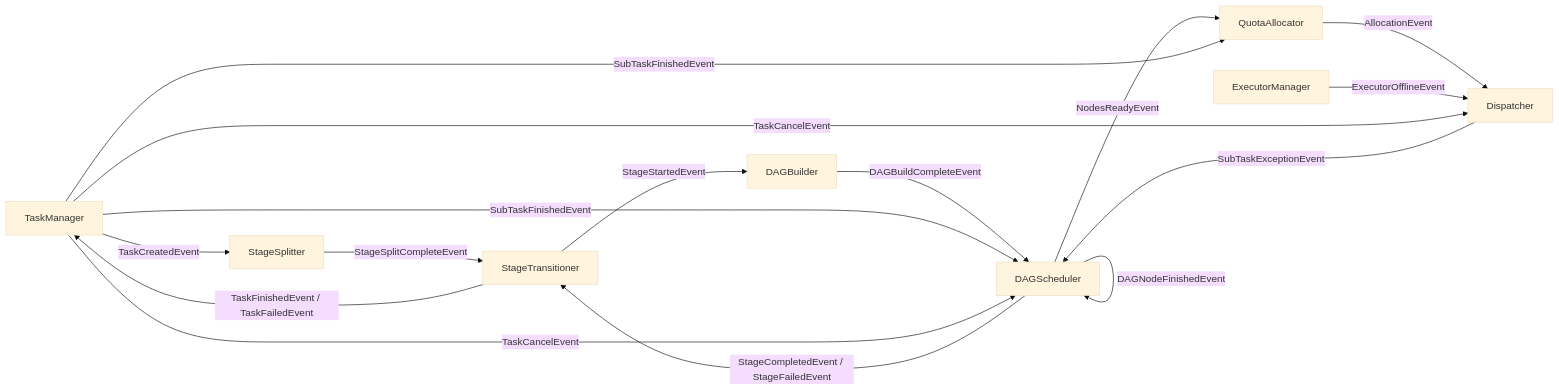
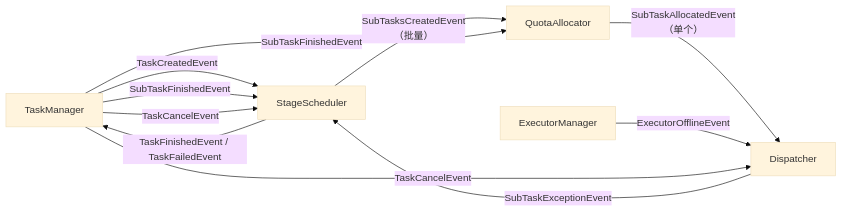
The first of 2 diagrams in docs/designs/details/scheduler/事件总线设计.md (njuxumq/agent-eval-server), drawn with Mermaid (base theme) before and after one commit. The commit also changed other lines of this file and 15 other files, not shown here.

````diff
--- a/docs/designs/details/scheduler/事件总线设计.md
+++ b/docs/designs/details/scheduler/事件总线设计.md
@@ -247,18 +201,13 @@
 ```mermaid
 flowchart LR
-    TM[TaskManager] -->|"TaskCreatedEvent"| SS[StageSplitter]
-    SS -->|"StageSplitCompleteEvent"| ST[StageTransitioner]
-    ST -->|"StageStartedEvent"| DB[DAGBuilder]
-    DB -->|"DAGBuildCompleteEvent"| DS[DAGScheduler]
-    DS -->|"NodesReadyEvent"| QA[QuotaAllocator]
-    QA -->|"AllocationEvent"| DP[Dispatcher]
+    TM[TaskManager] -->|"TaskCreatedEvent"| SS[StageScheduler]
+    SS -->|"SubTasksCreatedEvent<br/>（批量）"| QA[QuotaAllocator]
+    QA -->|"SubTaskAllocatedEvent<br/>（单个）"| DP[Dispatcher]
     TM -->|"SubTaskFinishedEvent"| QA
-    TM -->|"SubTaskFinishedEvent"| DS
+    TM -->|"SubTaskFinishedEvent"| SS
     EM[ExecutorManager] -->|"ExecutorOfflineEvent"| DP
-    DP -->|"SubTaskExceptionEvent"| DS
-    DS -->|"DAGNodeFinishedEvent"| DS
-    DS -->|"StageCompletedEvent / StageFailedEvent"| ST
-    ST -->|"TaskFinishedEvent / TaskFailedEvent"| TM
-    TM -->|"TaskCancelEvent"| DS
+    DP -->|"SubTaskExceptionEvent"| SS
+    SS -->|"TaskFinishedEvent / TaskFailedEvent"| TM
+    TM -->|"TaskCancelEvent"| SS
     TM -->|"TaskCancelEvent"| DP
 ```
````
